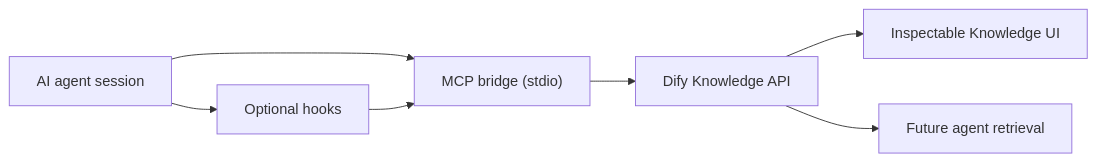
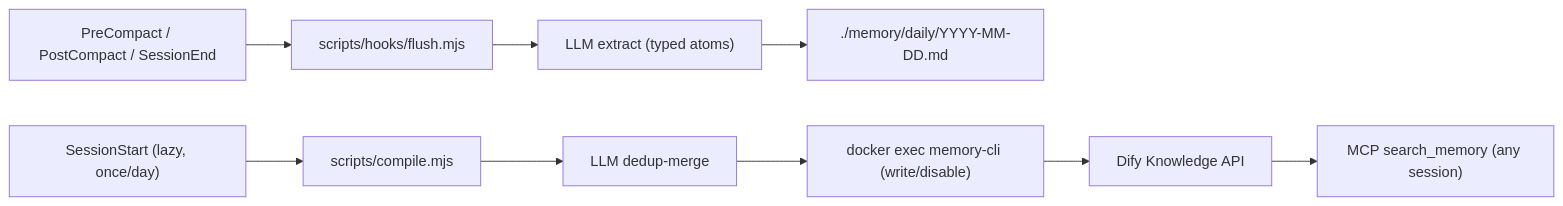
The diagram in README.md (ctxr-dev/memory), drawn with Mermaid before and after one commit. The commit also changed other lines of this file and 3 other files, not shown here.

````diff
--- a/README.md
+++ b/README.md
@@ -60,9 +91,11 @@
 ```mermaid
 flowchart LR
-  Agent["AI agent session"] --> Hooks["Optional hooks"]
-  Agent --> MCP["MCP bridge (stdio)"]
-  Hooks --> MCP
-  MCP --> Dify["Dify Knowledge API"]
-  Dify --> UI["Inspectable Knowledge UI"]
-  Dify --> Future["Future agent retrieval"]
+  Hook["PreCompact / PostCompact / SessionEnd"] --> Flush["scripts/hooks/flush.mjs"]
+  Flush --> LLM1["LLM extract (typed atoms)"]
+  LLM1 --> Daily["./memory/daily/YYYY-MM-DD.md"]
+  Start["SessionStart (lazy, once/day)"] --> Compile["scripts/compile.mjs"]
+  Compile --> LLM2["LLM dedup-merge"]
+  LLM2 --> Bridge["docker exec memory-cli (write/disable)"]
+  Bridge --> Dify["Dify Knowledge API"]
+  Dify --> Search["MCP search_memory (any session)"]
 ```
````
